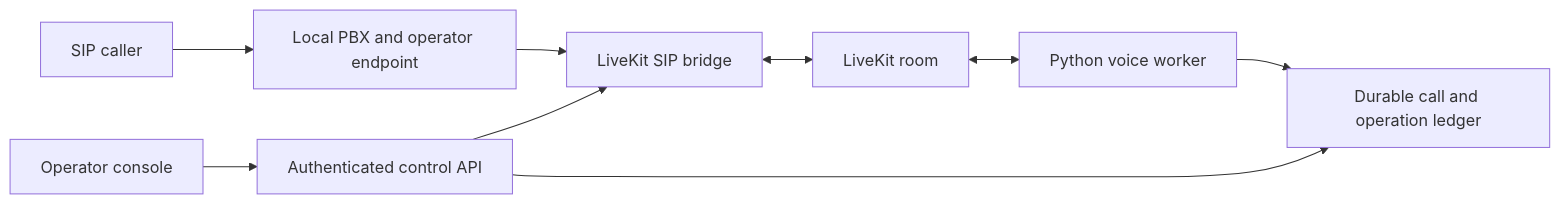
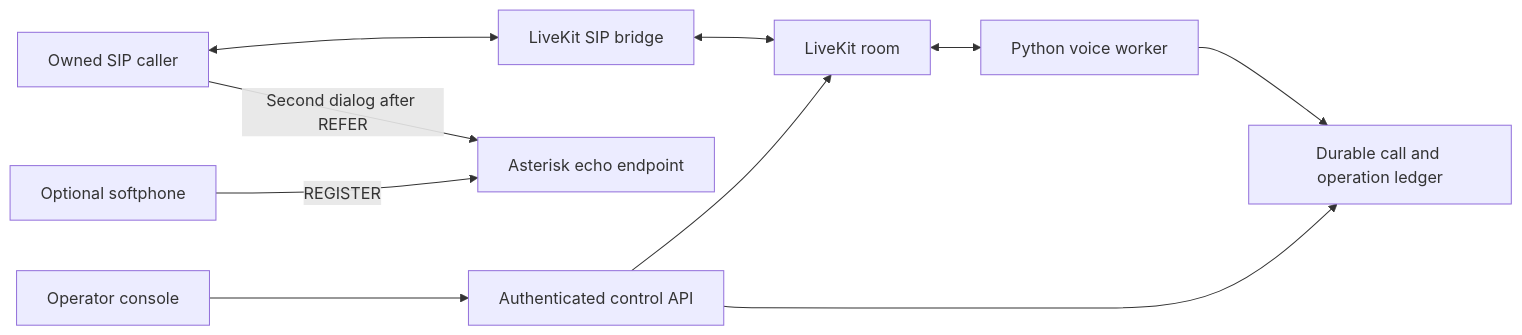
One commit to abhisheksaini333/realtime-voice-operations changed the diagram in docs/architecture.md. Above: the diagram before and after it, drawn with Mermaid. The commit also changed other lines of this file and 9 other files, not shown here.

Commit message:
docs: document local operation and measured SIP speech acceptance

````diff
--- a/docs/architecture.md
+++ b/docs/architecture.md
@@ -3,11 +3,12 @@
 ```mermaid
 flowchart LR
-  Caller[SIP caller] --> PBX[Local PBX and operator endpoint]
-  PBX --> SIP[LiveKit SIP bridge]
+  Caller[Owned SIP caller] <--> SIP[LiveKit SIP bridge]
+  Caller -->|Second dialog after REFER| PBX[Asterisk echo endpoint]
+  Softphone[Optional softphone] -->|REGISTER| PBX
   SIP <--> LK[LiveKit room]
   LK <--> Worker[Python voice worker]
   Worker --> Ledger[Durable call and operation ledger]
   Console[Operator console] --> API[Authenticated control API]
   API --> Ledger
-  API --> SIP
+  API --> LK
 ```
````
